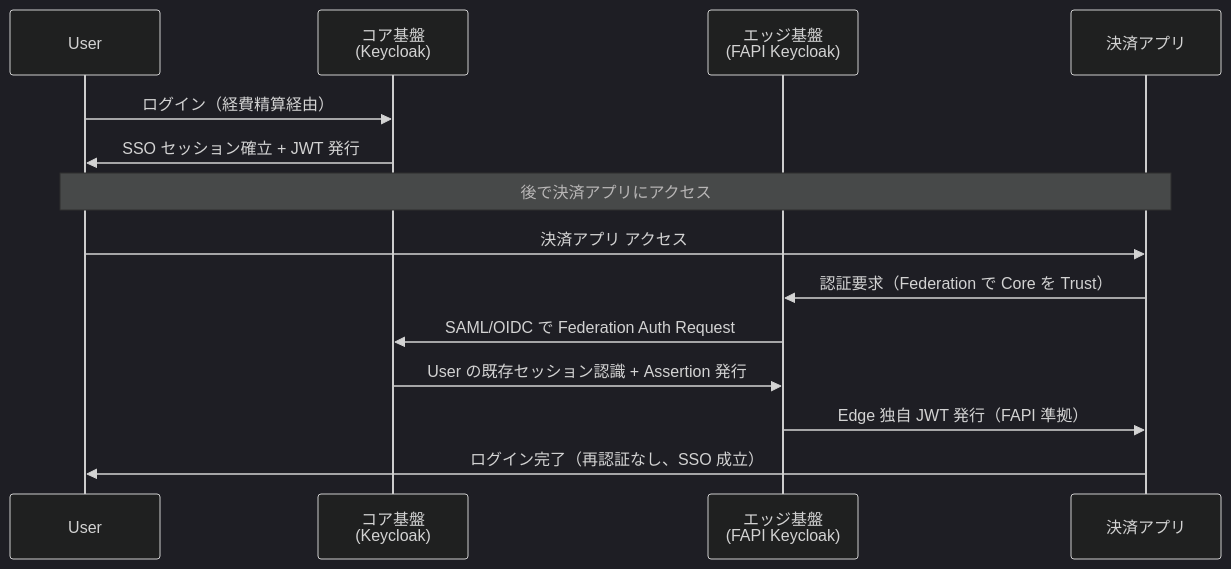
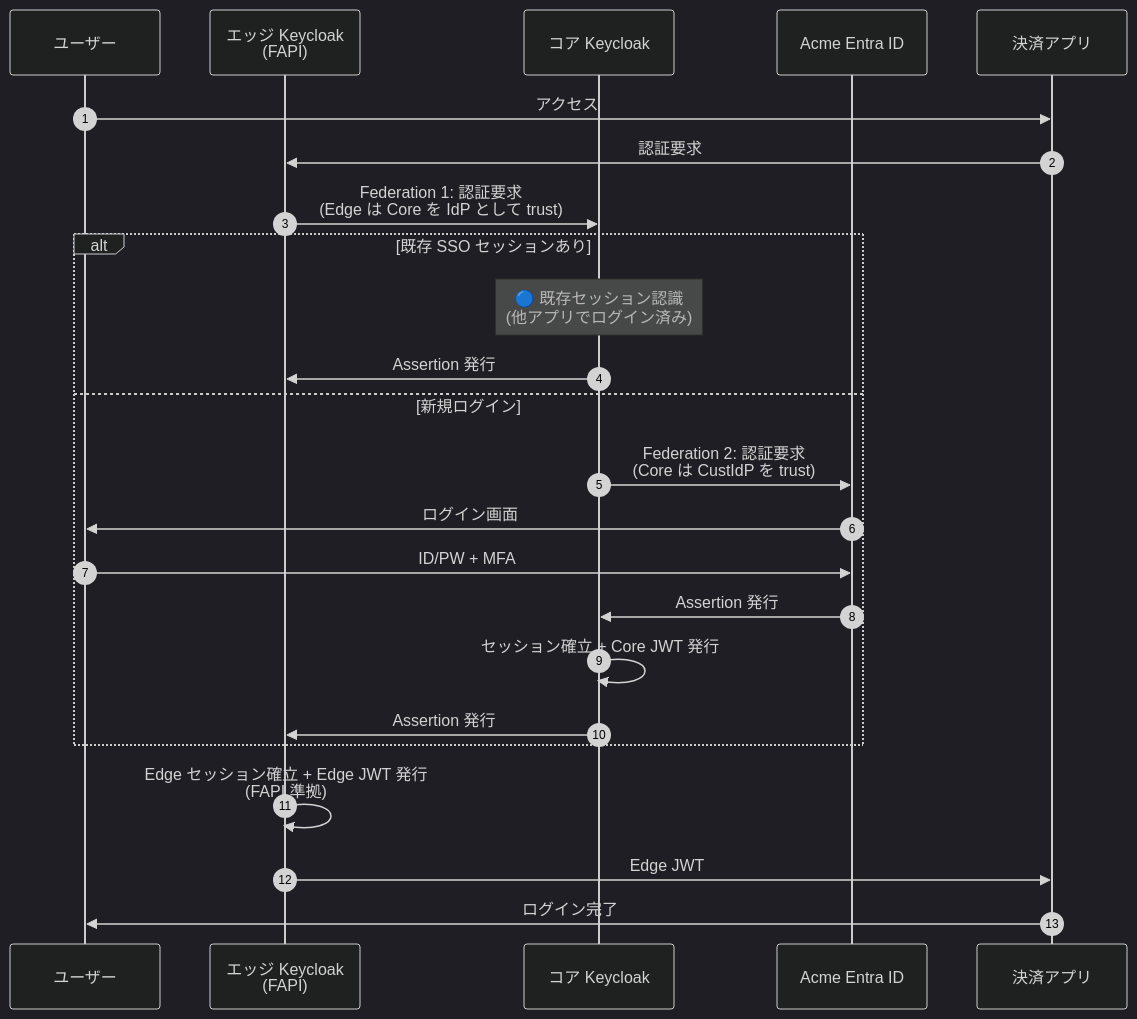
One commit to suepie/aws-atuh-poc changed diagram 11 of 12 in doc/requirements/proposal/common/06-architecture-decision-hybrid.md. Above: the diagram before and after it, drawn with Mermaid (dark theme). The commit also changed other lines of this file and 1 other file, not shown here.

````diff
--- a/doc/requirements/proposal/common/06-architecture-decision-hybrid.md
+++ b/doc/requirements/proposal/common/06-architecture-decision-hybrid.md
@@ -483,19 +714,29 @@
 ```mermaid
 sequenceDiagram
-    participant User
-    participant Core as コア基盤<br/>(Keycloak)
-    participant Edge as エッジ基盤<br/>(FAPI Keycloak)
+    autonumber
+    participant U as ユーザー
+    participant Edge as エッジ Keycloak<br/>(FAPI)
+    participant Core as コア Keycloak
+    participant CustIdP as Acme Entra ID
     participant App as 決済アプリ
 
-    User->>Core: ログイン（経費精算経由）
-    Core->>User: SSO セッション確立 + JWT 発行
+    U->>App: アクセス
+    App->>Edge: 認証要求
+    Edge->>Core: Federation 1: 認証要求<br/>(Edge は Core を IdP として trust)
 
-    Note over User,App: 後で決済アプリにアクセス
+    alt 既存 SSO セッションあり
+        Note over Core: 🔵 既存セッション認識<br/>(他アプリでログイン済み)
+        Core->>Edge: Assertion 発行
+    else 新規ログイン
+        Core->>CustIdP: Federation 2: 認証要求<br/>(Core は CustIdP を trust)
+        CustIdP->>U: ログイン画面
+        U->>CustIdP: ID/PW + MFA
+        CustIdP->>Core: Assertion 発行
+        Core->>Core: セッション確立 + Core JWT 発行
+        Core->>Edge: Assertion 発行
+    end
 
-    User->>App: 決済アプリ アクセス
-    App->>Edge: 認証要求（Federation で Core を Trust）
-    Edge->>Core: SAML/OIDC で Federation Auth Request
-    Core->>Edge: User の既存セッション認識 + Assertion 発行
-    Edge->>App: Edge 独自 JWT 発行（FAPI 準拠）
-    App->>User: ログイン完了（再認証なし、SSO 成立）
+    Edge->>Edge: Edge セッション確立 + Edge JWT 発行<br/>(FAPI 準拠)
+    Edge->>App: Edge JWT
+    App->>U: ログイン完了
 ```
````
